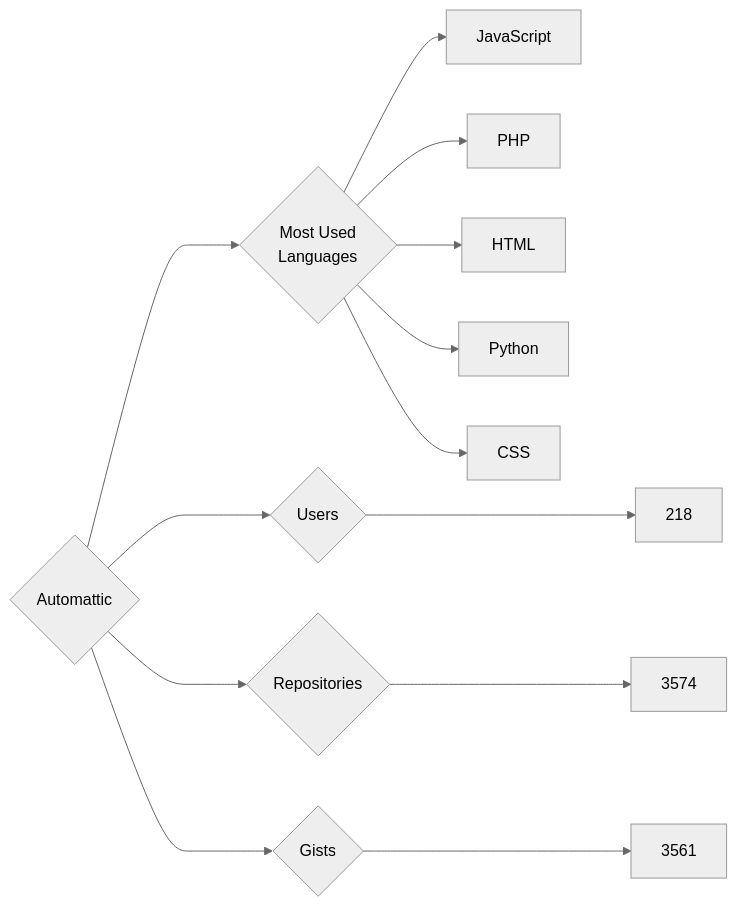
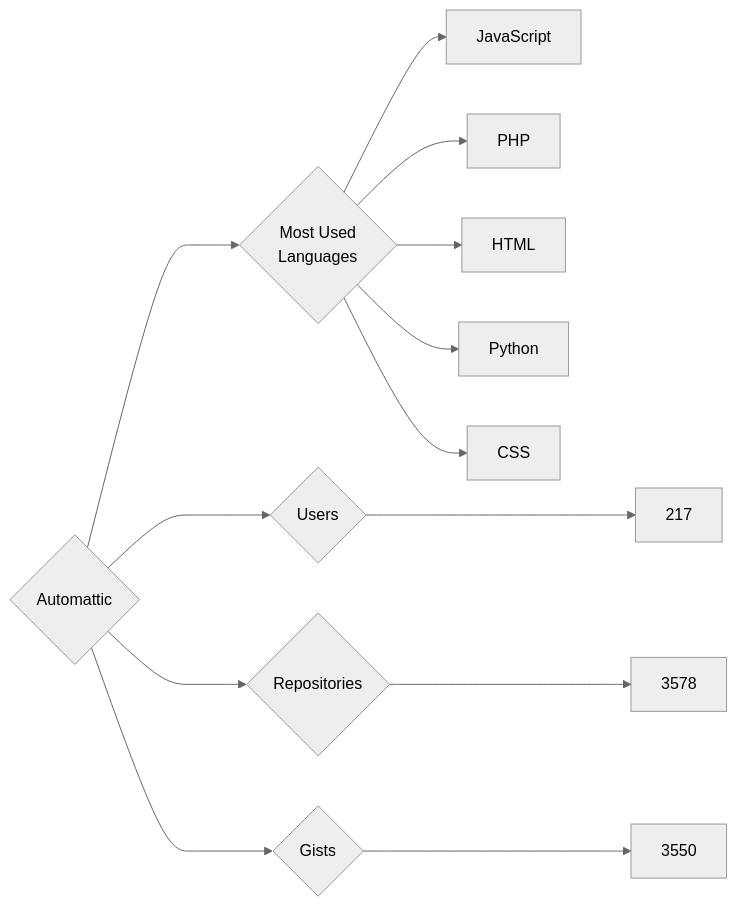
The diagram in targets/Automattic/README.md (trickest/insiders), drawn with Mermaid (neutral theme) before and after one commit. The commit also changed 912 other files, not shown here.

````diff
--- a/targets/Automattic/README.md
+++ b/targets/Automattic/README.md
@@ -3,13 +3,13 @@
 ```mermaid
 graph LR
 COMPANY_NAME{Automattic}
-COMPANY_NAME ---> U{Users} ---> UN[218]
-COMPANY_NAME ---> R{Repositories} ---> RN[3574]
-COMPANY_NAME ---> G{Gists} ---> GN[3561]
+COMPANY_NAME ---> U{Users} ---> UN[217]
+COMPANY_NAME ---> R{Repositories} ---> RN[3578]
+COMPANY_NAME ---> G{Gists} ---> GN[3550]
 COMPANY_NAME ---> ML{Most Used<br>Languages}
 ML --> JavaScript[JavaScript]
 ML --> PHP[PHP]
 ML --> HTML[HTML]
 ML --> Python[Python]
 ML --> CSS[CSS]
 ```
````
